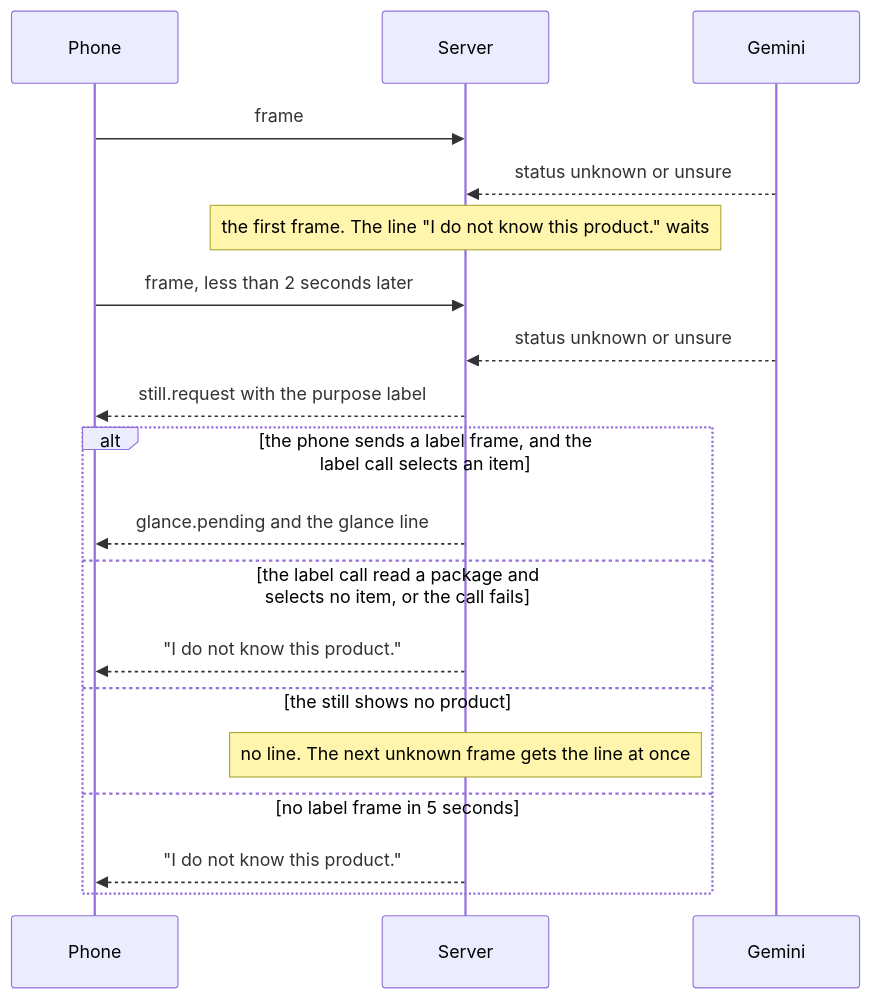
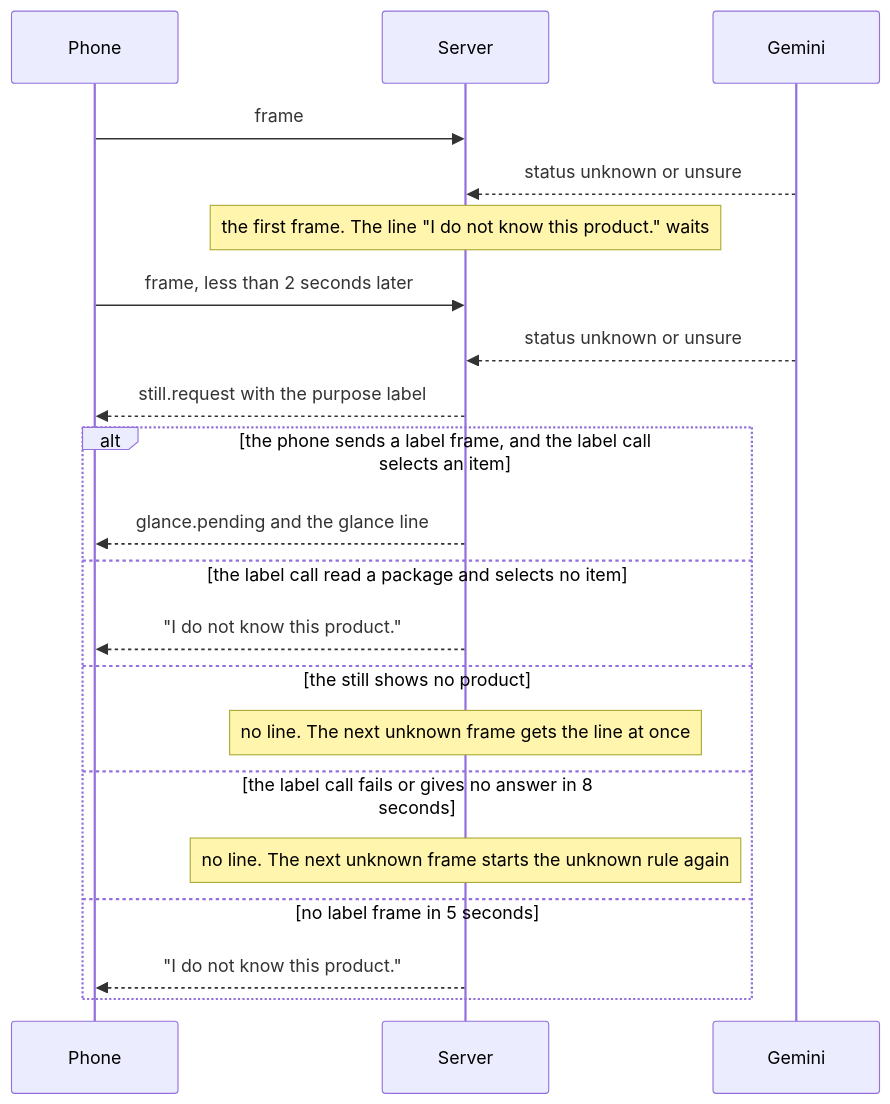
Before and after one commit to mrBymax/glance: the fourth of 14 diagrams in apps/server/README.md, drawn with Mermaid. The commit also changed other lines of this file and 10 other files, not shown here.

First line of the commit message:
fix(server): say nothing for a label call that failed or that nobody needs

````diff
--- a/apps/server/README.md
+++ b/apps/server/README.md
@@ -705,21 +705,23 @@
 ```mermaid
 sequenceDiagram
   participant Phone
   participant Server
   participant Gemini
   Phone->>Server: frame
   Gemini-->>Server: status unknown or unsure
   Note over Server: the first frame. The line "I do not know this product." waits
   Phone->>Server: frame, less than 2 seconds later
   Gemini-->>Server: status unknown or unsure
   Server-->>Phone: still.request with the purpose label
   alt the phone sends a label frame, and the label call selects an item
     Server-->>Phone: glance.pending and the glance line
-  else the label call read a package and selects no item, or the call fails
+  else the label call read a package and selects no item
     Server-->>Phone: "I do not know this product."
   else the still shows no product
     Note over Server: no line. The next unknown frame gets the line at once
+  else the label call fails or gives no answer in 8 seconds
+    Note over Server: no line. The next unknown frame starts the unknown rule again
   else no label frame in 5 seconds
     Server-->>Phone: "I do not know this product."
   end
 ```
````
